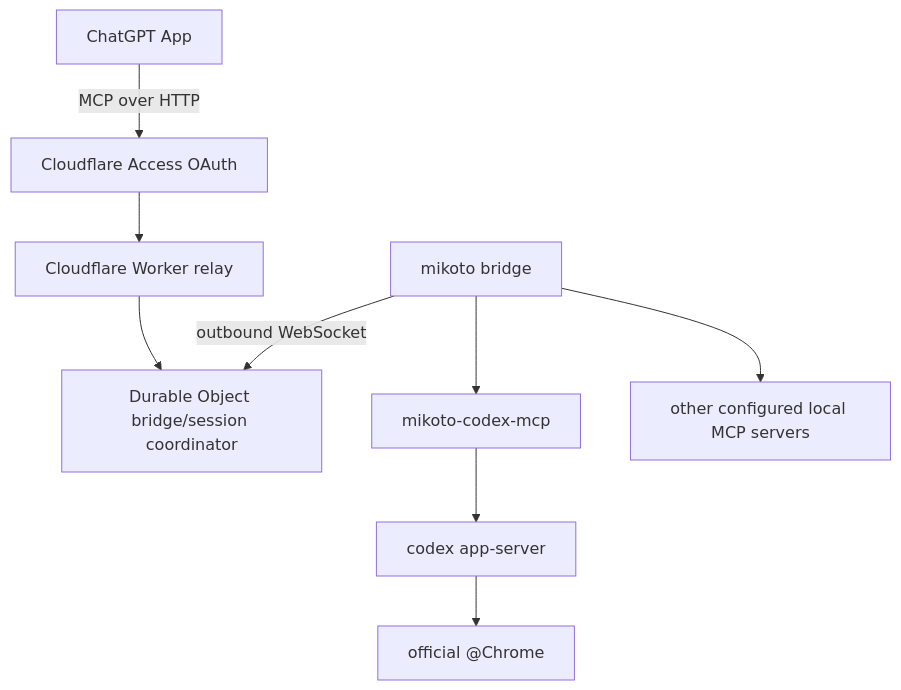
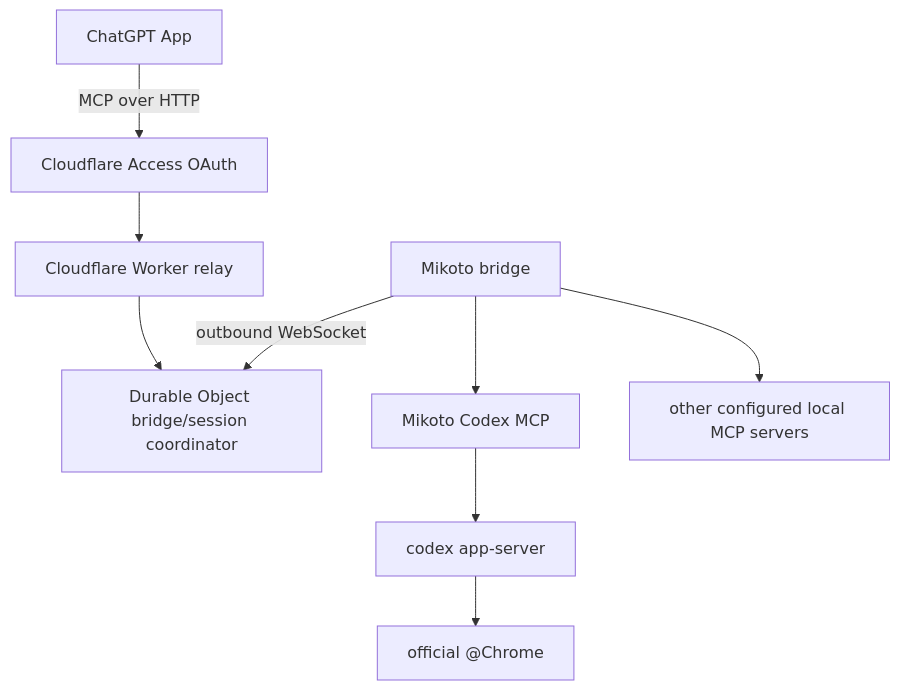
One commit to risu729/mikoto changed the diagram in README.md. Above: the diagram before and after it, drawn with Mermaid. The commit also changed other lines of this file and 19 other files, not shown here.

````diff
--- a/README.md
+++ b/README.md
@@ -32,11 +32,11 @@
 ```mermaid
 flowchart TD
   ChatGPT[ChatGPT App] -->|MCP over HTTP| Access[Cloudflare Access OAuth]
   Access --> Worker[Cloudflare Worker relay]
   Worker --> DO[Durable Object bridge/session coordinator]
-  Bridge[mikoto bridge] -->|outbound WebSocket| DO
-  Bridge --> CodexMCP[mikoto-codex-mcp]
+  Bridge[Mikoto bridge] -->|outbound WebSocket| DO
+  Bridge --> CodexMCP[Mikoto Codex MCP]
   CodexMCP --> Codex[codex app-server]
   Codex --> Chrome[official @Chrome]
   Bridge --> OtherMCP[other configured local MCP servers]
 ```
````
